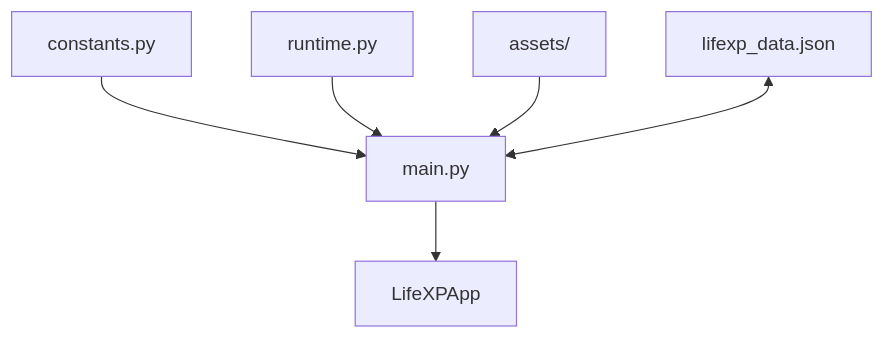
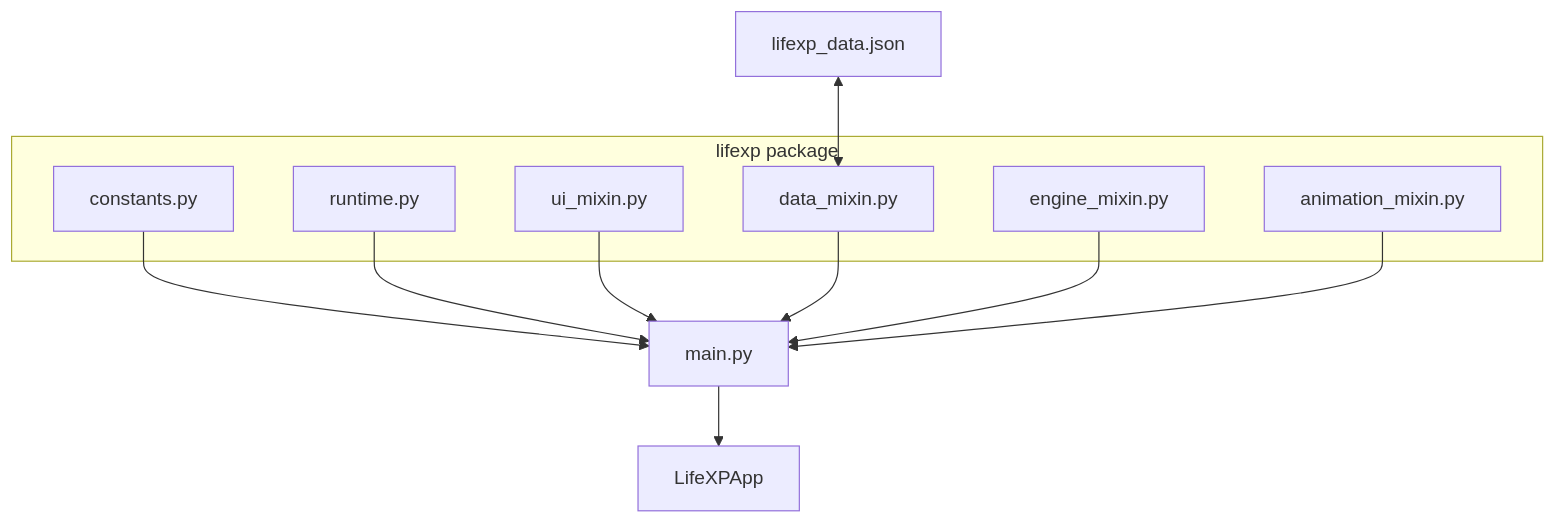
One commit to nimbold/LifeXP changed the second of 30 diagrams in docs/beginner-guide/02-intermediate.md. Above: the diagram before and after it, drawn with Mermaid. The commit also changed other lines of this file and 1 other file, not shown here.

````diff
--- a/docs/beginner-guide/02-intermediate.md
+++ b/docs/beginner-guide/02-intermediate.md
@@ -92,8 +101,20 @@
 ```mermaid
 flowchart TD
+    subgraph lifexp ["lifexp package"]
+        C["constants.py"]
+        D["runtime.py"]
+        M1["ui_mixin.py"]
+        M2["data_mixin.py"]
+        M3["engine_mixin.py"]
+        M4["animation_mixin.py"]
+    end
+    
     A["main.py"] --> B["LifeXPApp"]
-    C["constants.py"] --> A
-    D["runtime.py"] --> A
-    E["assets/"] --> A
-    F["lifexp_data.json"] <--> A
+    C --> A
+    D --> A
+    M1 --> A
+    M2 --> A
+    M3 --> A
+    M4 --> A
+    F["lifexp_data.json"] <--> M2
 ```
````
